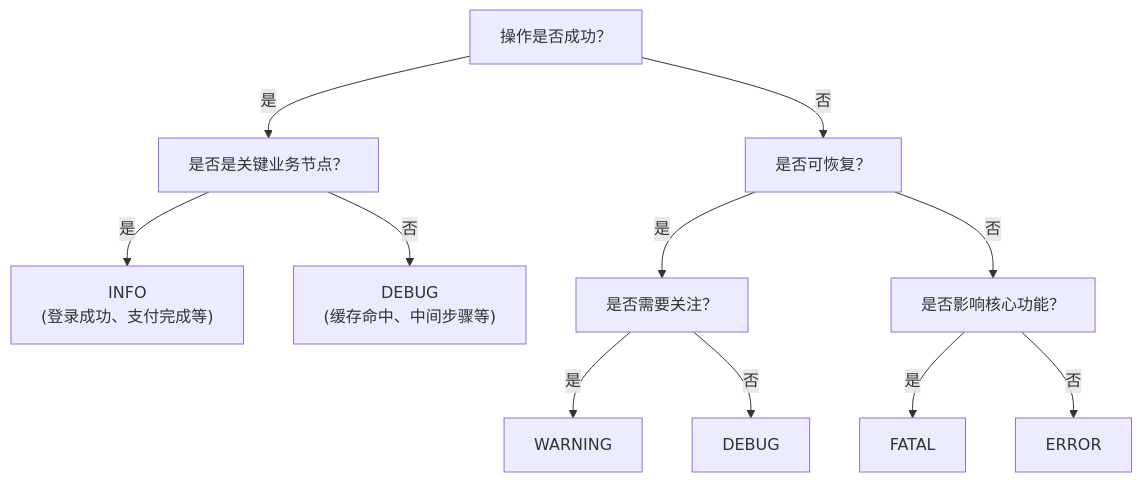
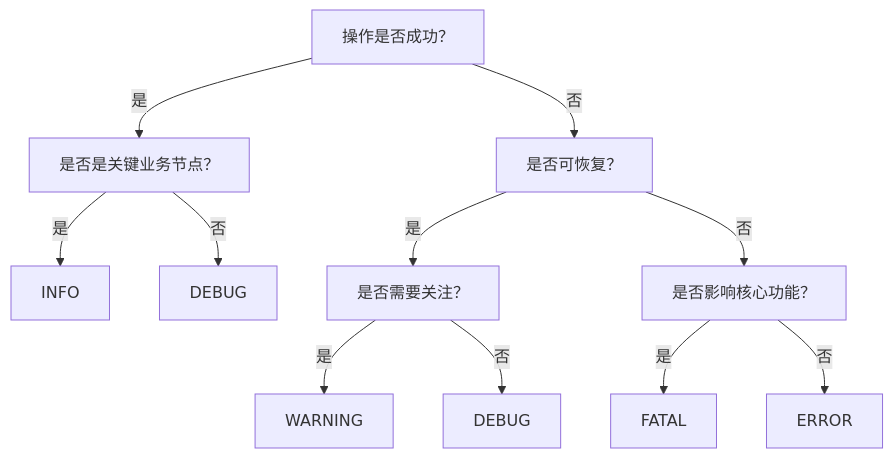
The second of 3 diagrams in 05-operations/monitoring/backend-logging.md (readmigo/docs), drawn with Mermaid before and after one commit. The commit also changed other lines of this file and 27 other files, not shown here.

First line of the commit message:
audit: remove code snippets, update to 2-env architecture across operations and pipeline docs

````diff
--- a/05-operations/monitoring/backend-logging.md
+++ b/05-operations/monitoring/backend-logging.md
@@ -607,18 +98,18 @@
 ```mermaid
 graph TD
     Q1["操作是否成功？"]
     Q1 -->|"是"| Q2["是否是关键业务节点？"]
     Q1 -->|"否"| Q3["是否可恢复？"]
 
-    Q2 -->|"是"| INFO["INFO<br>(登录成功、支付完成等)"]
-    Q2 -->|"否"| DEBUG1["DEBUG<br>(缓存命中、中间步骤等)"]
+    Q2 -->|"是"| INFO["INFO"]
+    Q2 -->|"否"| DEBUG1["DEBUG"]
 
     Q3 -->|"是"| Q4["是否需要关注？"]
     Q3 -->|"否"| Q5["是否影响核心功能？"]
 
     Q4 -->|"是"| WARNING["WARNING"]
     Q4 -->|"否"| DEBUG2["DEBUG"]
 
     Q5 -->|"是"| FATAL["FATAL"]
     Q5 -->|"否"| ERROR["ERROR"]
 ```
````
